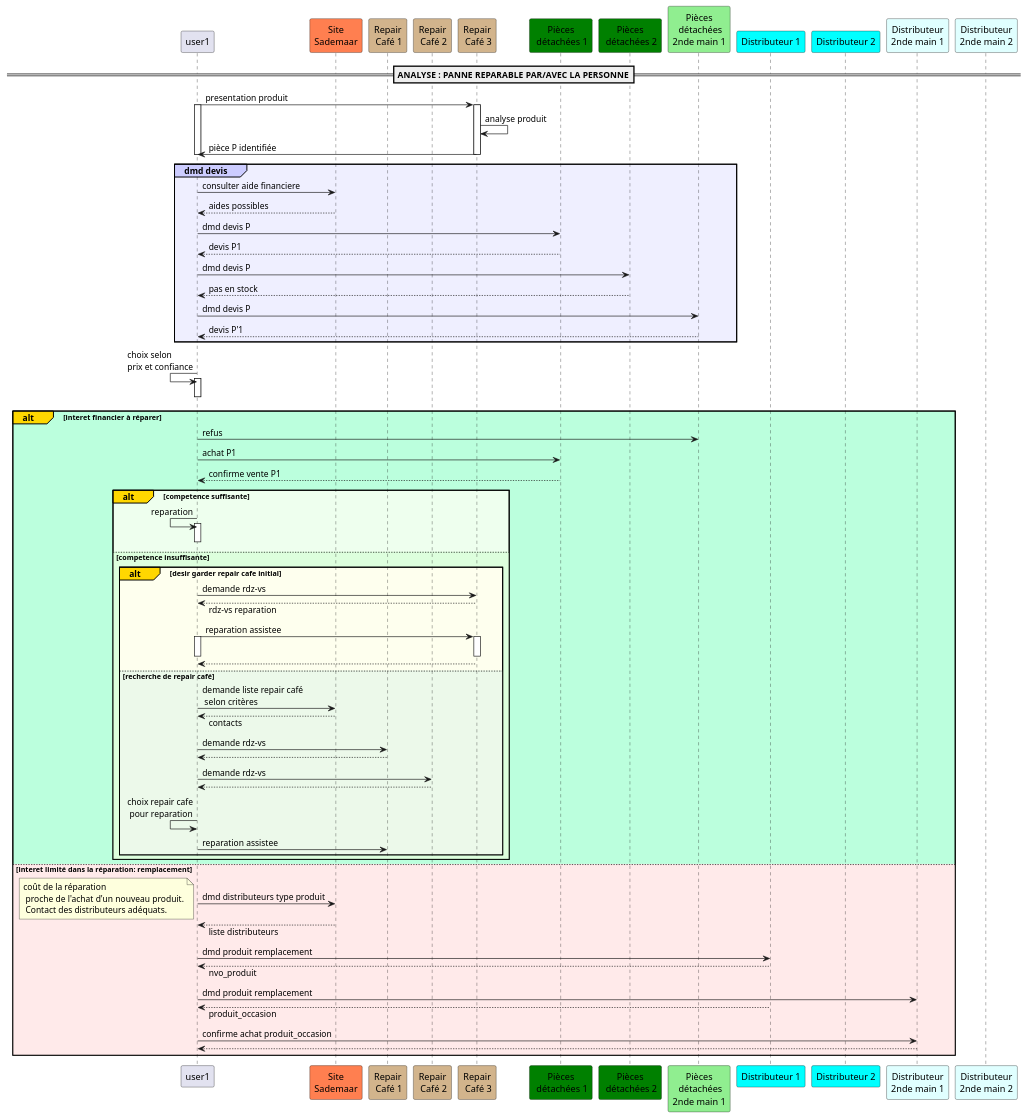
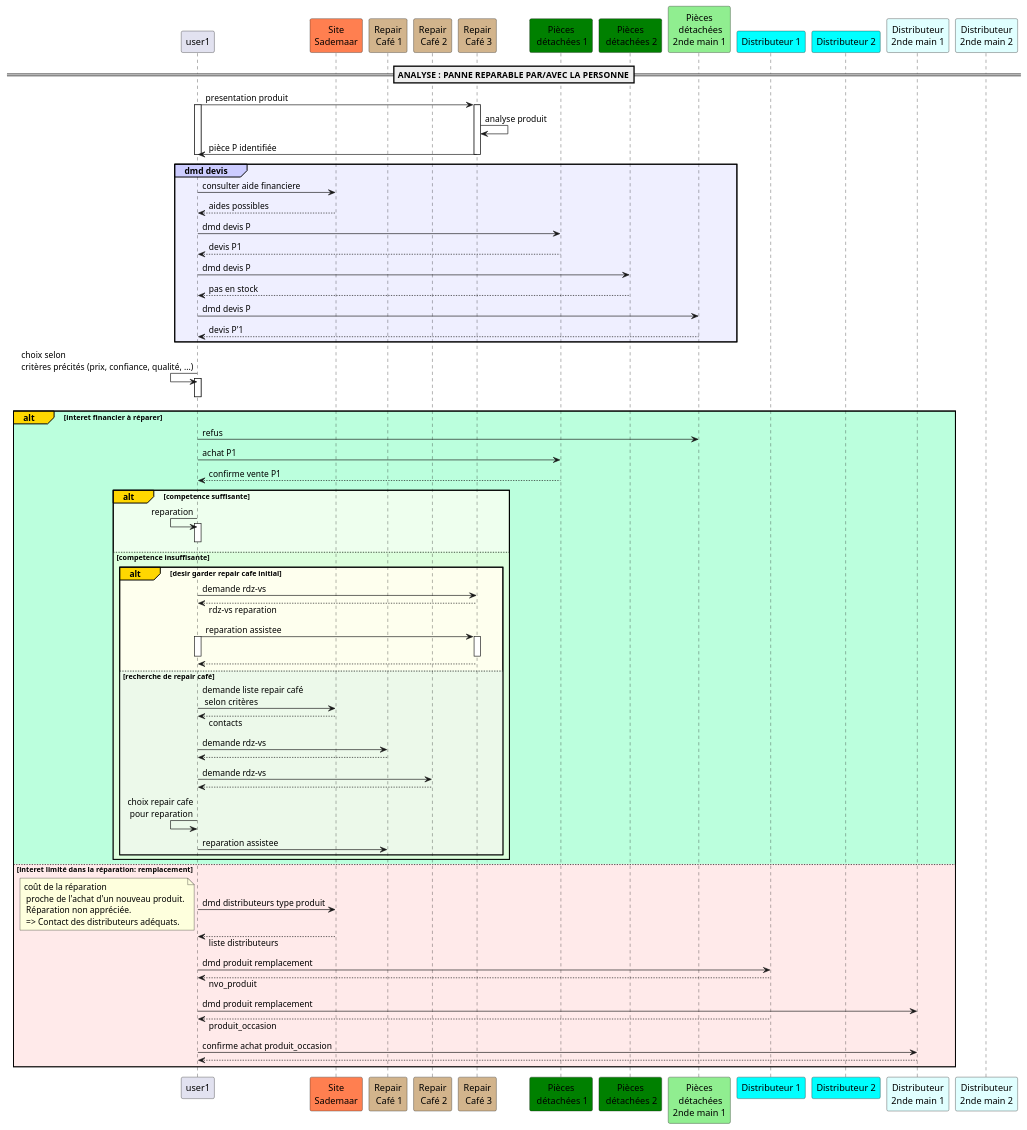
The diagram in SAdemarSeqDiagCoop.md (EmmanuelADAM/Sademaar), drawn with PlantUML before and after one commit. The commit also changed other lines of this file and 30 other files, not shown here.

````diff
--- a/SAdemarSeqDiagCoop.md
+++ b/SAdemarSeqDiagCoop.md
@@ -44,80 +44,80 @@
 @startuml reparationPanne
 skinparam responseMessageBelowArrow true
 participant user1 
 participant "Site\nSademaar" as site #coral 
 participant "Repair\n Café 1" as rc1 #tan 
 participant "Repair\n Café 2" as rc2 #tan 
 participant "Repair\n Café 3" as rc3 #tan 
 participant "Pièces\n détachées 1" as pd1 #green 
 participant "Pièces\n détachées 2" as pd2 #green 
 participant "Pièces\n détachées\n2nde main 1" as pds1 #lightgreen 
 participant "Distributeur 1" as d1 #cyan 
 participant "Distributeur 2" as d2 #cyan 
 participant "Distributeur\n2nde main 1" as ds1 #lightcyan 
 participant "Distributeur\n2nde main 2" as ds2 #lightcyan 
 
 ==ANALYSE :  PANNE REPARABLE PAR/AVEC LA PERSONNE==
 user1 -> rc3: presentation produit
 activate rc3
 activate user1
 rc3 -> rc3: analyse produit
 rc3 -> user1: pièce P identifiée
 deactivate user1
 deactivate rc3
 group#CCCCFF #EFEFFF dmd devis
 user1 -> site: consulter aide financiere
 site --> user1 : aides possibles
 user1 -> pd1: dmd devis P
 pd1 --> user1: devis P1
 user1 -> pd2: dmd devis P
 pd2 --> user1: pas en stock
 user1 -> pds1: dmd devis P
 pds1 --> user1: devis P'1
 end
-user1 <- user1: choix selon \nprix et confiance
+user1 <- user1: choix selon \ncritères précités (prix, confiance, qualité, ...)
 activate user1
 deactivate user1
 
 alt#Gold #BBFFDD interet financier à réparer
     user1 -> pds1:refus
     user1 -> pd1:achat P1
     pd1 --> user1:confirme vente P1
     
     alt#Gold #EEFFEE competence suffisante
         user1 <- user1: reparation
         activate user1
         deactivate user1
     else #DDFFDD competence insuffisante
         alt#Gold #FEFFEE desir garder repair cafe initial
             user1 -> rc3:demande rdz-vs
             user1 <-- rc3:rdz-vs reparation
             user1 -> rc3:reparation assistee
             activate user1
             activate rc3
             deactivate user1
             deactivate rc3
             user1 <-- rc3
         else #ECF9EA recherche de repair café
             user1 -> site:demande liste repair café\n selon critères
             user1 <--- site: contacts
             user1 -> rc1:demande rdz-vs
             user1 <-- rc1
             user1 -> rc2:demande rdz-vs
             user1 <-- rc2
             user1 <- user1: choix repair cafe\n pour reparation
             user1 -> rc1:reparation assistee
         end
     end
 else #FFEAEA interet limité dans la réparation: remplacement
     user1 -> site:dmd distributeurs type produit
-    note left: coût de la réparation\n proche de l'achat d'un nouveau produit.\n Contact des distributeurs adéquats.
+    note left: coût de la réparation\n proche de l'achat d'un nouveau produit.\n Réparation non appréciée.\n => Contact des distributeurs adéquats.
     user1 <-- site:liste distributeurs
     user1 -> d1:dmd produit remplacement
     user1 <-- d1:  nvo_produit
     user1 -> ds1:dmd produit remplacement
     user1 <-- d1:  produit_occasion
     user1 -> ds1:confirme achat produit_occasion
     user1 <-- ds1
 end
 
 @enduml```
````
